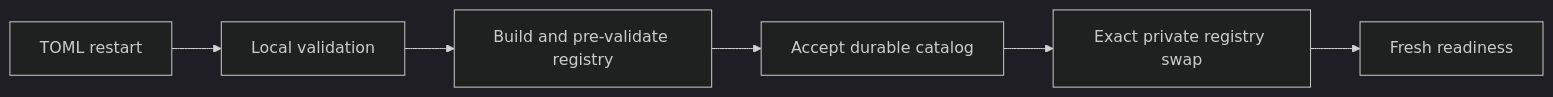
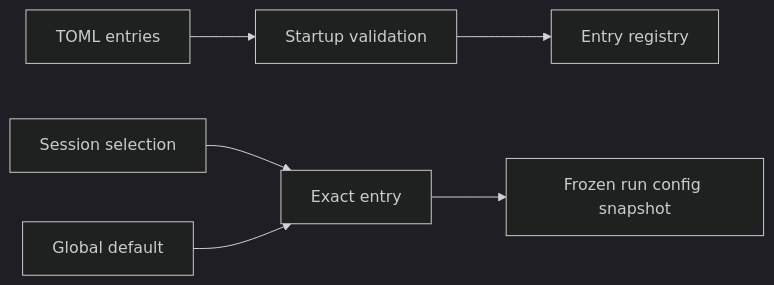
Before and after one commit to y0tsy/intention-relay: the diagram in docs/intention-relay/architecture/22-provider-evolution-profiles-and-reasoning.md, drawn with Mermaid (dark theme). The commit also changed other lines of this file and 12 other files, not shown here.

````diff
--- a/docs/intention-relay/architecture/22-provider-evolution-profiles-and-reasoning.md
+++ b/docs/intention-relay/architecture/22-provider-evolution-profiles-and-reasoning.md
@@ -180,8 +68,8 @@
 ```mermaid
 flowchart LR
-  T[TOML restart] --> V[Local validation]
-  V --> B[Build and pre-validate registry]
-  B --> A[Accept durable catalog]
-  A --> S[Exact private registry swap]
-  S --> R[Fresh readiness]
+  T[TOML entries] --> V[Startup validation]
+  V --> R[Entry registry]
+  S[Session selection] --> E[Exact entry]
+  D[Global default] --> E
+  E --> F[Frozen run config snapshot]
 ```
````
